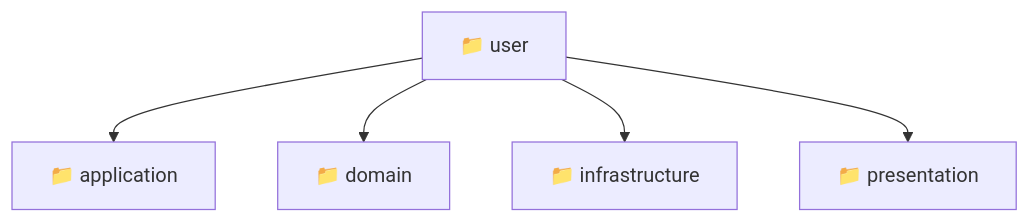
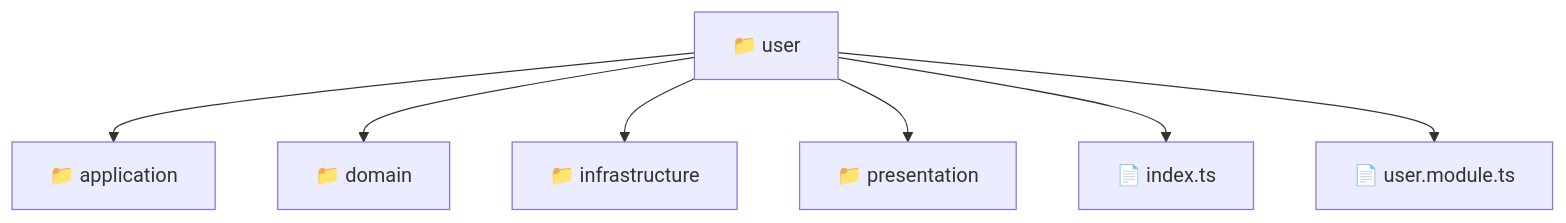
Before and after one commit to beginwebdev2002/fullstack-mavluda: the diagram in backend/src/modules/user/README.md, drawn with Mermaid. The commit also changed other lines of this file and 165 other files, not shown here.

First line of the commit message:
docs: generate localized architectural READMEs

````diff
--- a/backend/src/modules/user/README.md
+++ b/backend/src/modules/user/README.md
@@ -10,8 +9,10 @@
 ```mermaid
 graph TD
-  Root["📁 user"]
-  Root --> application["📁 application"]
-  Root --> domain["📁 domain"]
-  Root --> infrastructure["📁 infrastructure"]
-  Root --> presentation["📁 presentation"]
+  user["📁 user"]
+  user --> application["📁 application"]
+  user --> domain["📁 domain"]
+  user --> infrastructure["📁 infrastructure"]
+  user --> presentation["📁 presentation"]
+  user --> index_ts["📄 index.ts"]
+  user --> user_module_ts["📄 user.module.ts"]
 ```
````
